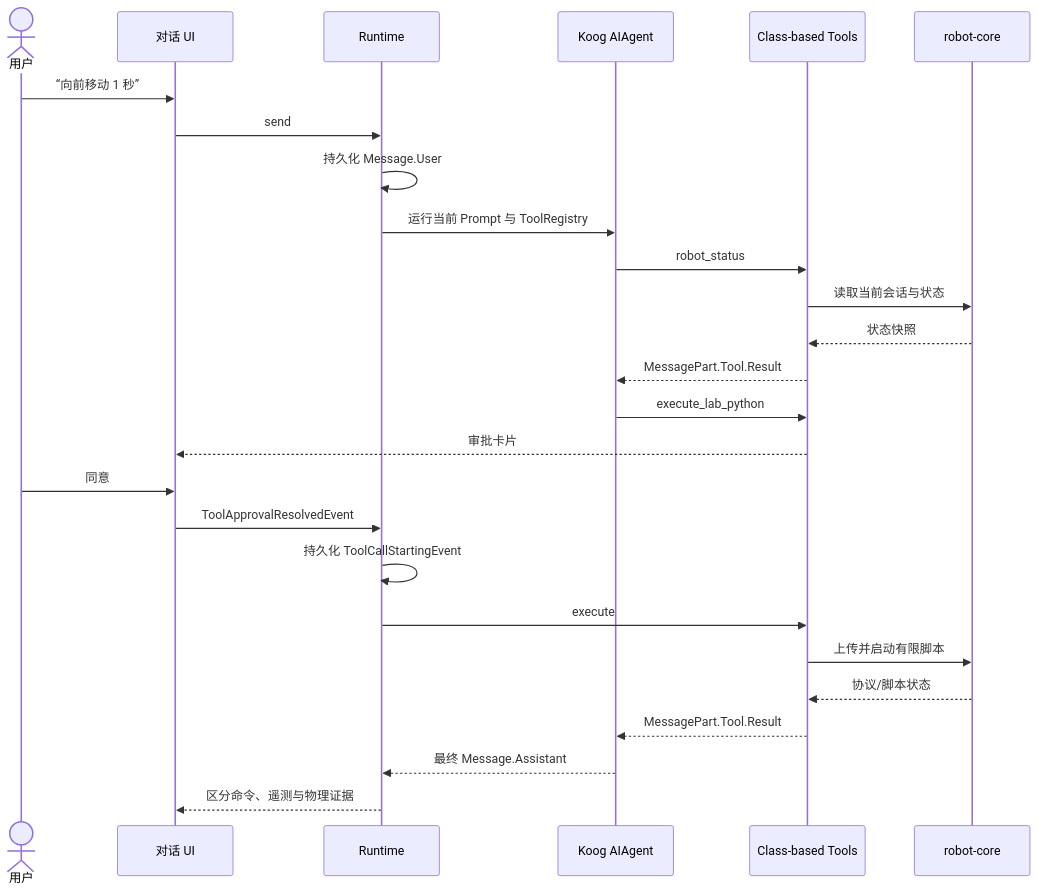
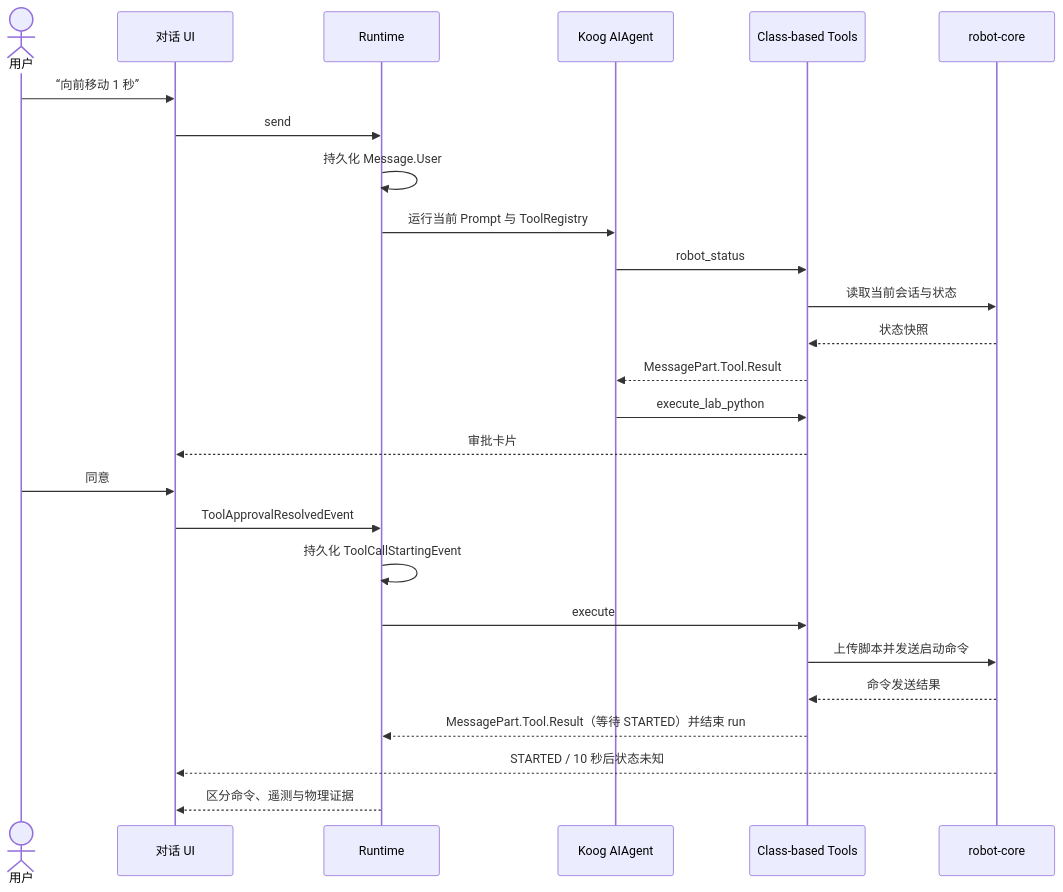
The fourth of 4 diagrams in docs/conversation-agent-product-design.md (elonzh/hanppie), drawn with Mermaid before and after one commit. The commit also changed other lines of this file and 41 other files, not shown here.

````diff
--- a/docs/conversation-agent-product-design.md
+++ b/docs/conversation-agent-product-design.md
@@ -151,29 +153,29 @@
 ```mermaid
 sequenceDiagram
     actor U as 用户
     participant UI as 对话 UI
     participant R as Runtime
     participant A as Koog AIAgent
     participant T as Class-based Tools
     participant B as robot-core
 
     U->>UI: “向前移动 1 秒”
     UI->>R: send
     R->>R: 持久化 Message.User
     R->>A: 运行当前 Prompt 与 ToolRegistry
     A->>T: robot_status
     T->>B: 读取当前会话与状态
     B-->>T: 状态快照
     T-->>A: MessagePart.Tool.Result
     A->>T: execute_lab_python
     T-->>UI: 审批卡片
     U->>UI: 同意
     UI->>R: ToolApprovalResolvedEvent
     R->>R: 持久化 ToolCallStartingEvent
     R->>T: execute
-    T->>B: 上传并启动有限脚本
-    B-->>T: 协议/脚本状态
-    T-->>A: MessagePart.Tool.Result
-    A-->>R: 最终 Message.Assistant
+    T->>B: 上传脚本并发送启动命令
+    B-->>T: 命令发送结果
+    T-->>R: MessagePart.Tool.Result（等待 STARTED）并结束 run
+    B-->>UI: STARTED / 10 秒后状态未知
     R-->>UI: 区分命令、遥测与物理证据
 ```
````
